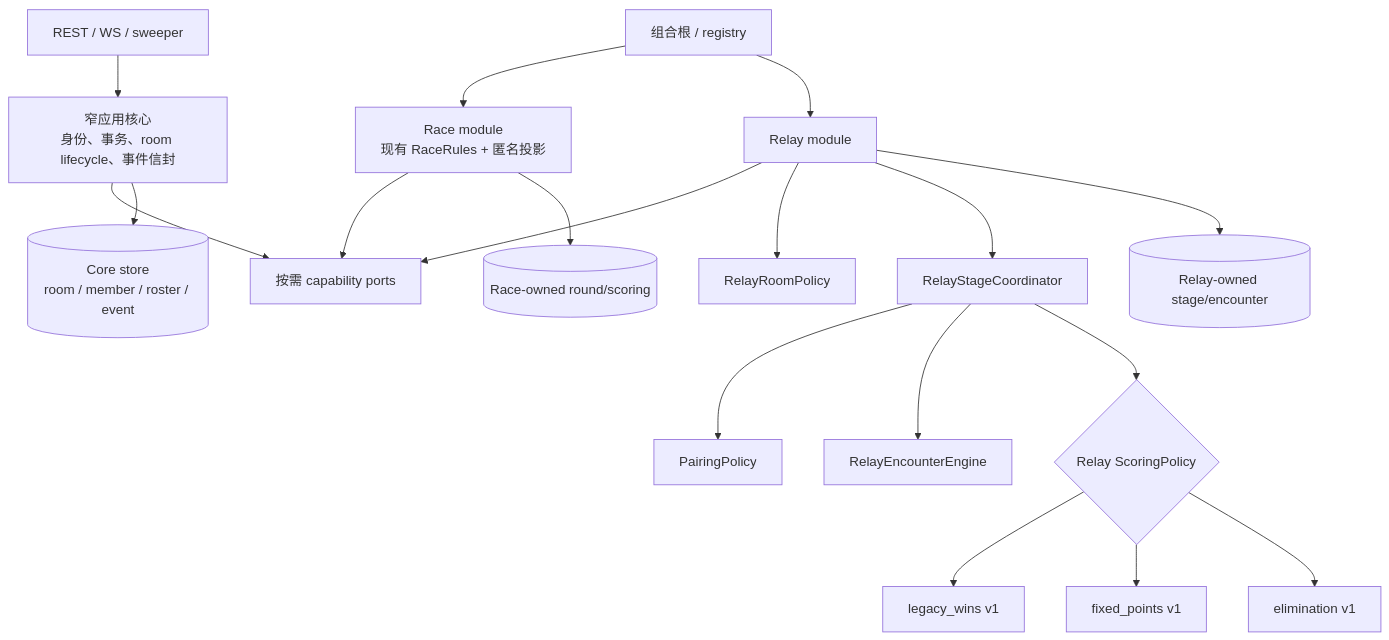
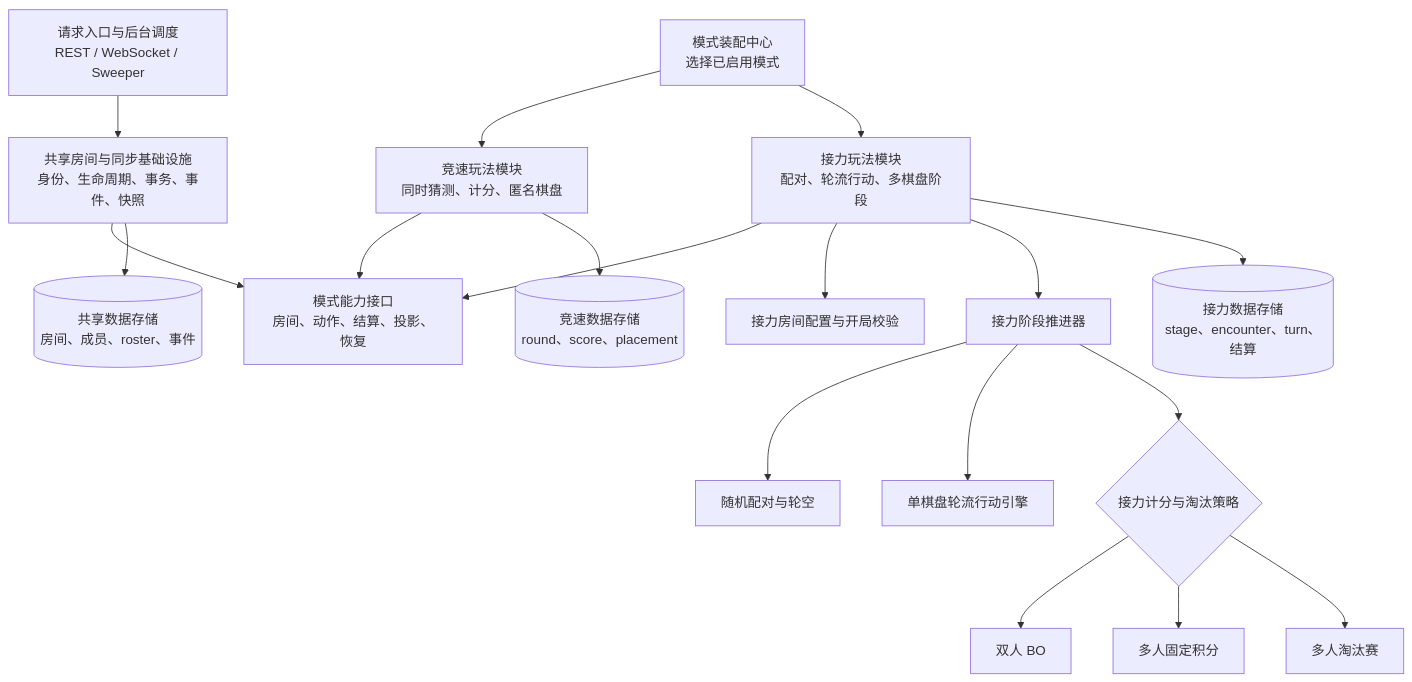
One commit to jachinzhang1/TouhouFlandre changed the first of 2 diagrams in docs/multiplayer-relay-expansion/README.md. Above: the diagram before and after it, drawn with Mermaid. The commit also changed other lines of this file and 5 other files, not shown here.

````diff
--- a/docs/multiplayer-relay-expansion/README.md
+++ b/docs/multiplayer-relay-expansion/README.md
@@ -58,22 +58,22 @@
 ```mermaid
 flowchart TB
-    COMMAND["REST / WS / sweeper"] --> CORE["窄应用核心<br/>身份、事务、room lifecycle、事件信封"]
-    CORE --> PORTS["按需 capability ports"]
-    REGISTRY["组合根 / registry"] --> RACE["Race module<br/>现有 RaceRules + 匿名投影"]
-    REGISTRY --> RELAY["Relay module"]
+    COMMAND["请求入口与后台调度<br/>REST / WebSocket / Sweeper"] --> CORE["共享房间与同步基础设施<br/>身份、生命周期、事务、事件、快照"]
+    CORE --> PORTS["模式能力接口<br/>房间、动作、结算、投影、恢复"]
+    REGISTRY["模式装配中心<br/>选择已启用模式"] --> RACE["竞速玩法模块<br/>同时猜测、计分、匿名棋盘"]
+    REGISTRY --> RELAY["接力玩法模块<br/>配对、轮流行动、多棋盘阶段"]
     RACE --> PORTS
     RELAY --> PORTS
 
-    RELAY --> ROOMPOLICY["RelayRoomPolicy"]
-    RELAY --> COORDINATOR["RelayStageCoordinator"]
-    COORDINATOR --> PAIRING["PairingPolicy"]
-    COORDINATOR --> UNIT["RelayEncounterEngine"]
-    COORDINATOR --> SCORING{"Relay ScoringPolicy"}
-    SCORING --> LEGACY["legacy_wins v1"]
-    SCORING --> POINTS["fixed_points v1"]
-    SCORING --> ELIM["elimination v1"]
+    RELAY --> ROOMPOLICY["接力房间配置与开局校验"]
+    RELAY --> COORDINATOR["接力阶段推进器"]
+    COORDINATOR --> PAIRING["随机配对与轮空"]
+    COORDINATOR --> UNIT["单棋盘轮流行动引擎"]
+    COORDINATOR --> SCORING{"接力计分与淘汰策略"}
+    SCORING --> LEGACY["双人 BO"]
+    SCORING --> POINTS["多人固定积分"]
+    SCORING --> ELIM["多人淘汰赛"]
 
-    CORE --> CORE_STORE[("Core store<br/>room / member / roster / event")]
-    RACE --> RACE_STORE[("Race-owned round/scoring")]
-    RELAY --> RELAY_STORE[("Relay-owned stage/encounter")]
+    CORE --> CORE_STORE[("共享数据存储<br/>房间、成员、roster、事件")]
+    RACE --> RACE_STORE[("竞速数据存储<br/>round、score、placement")]
+    RELAY --> RELAY_STORE[("接力数据存储<br/>stage、encounter、turn、结算")]
 ```
````
